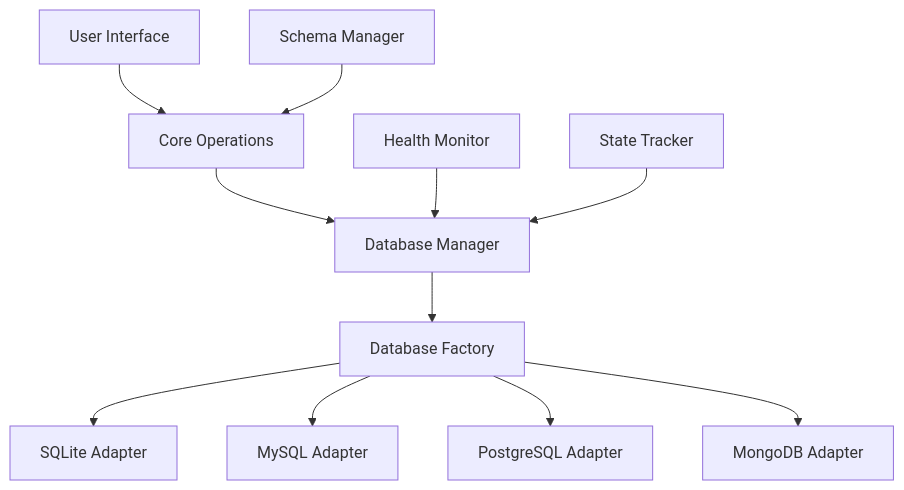
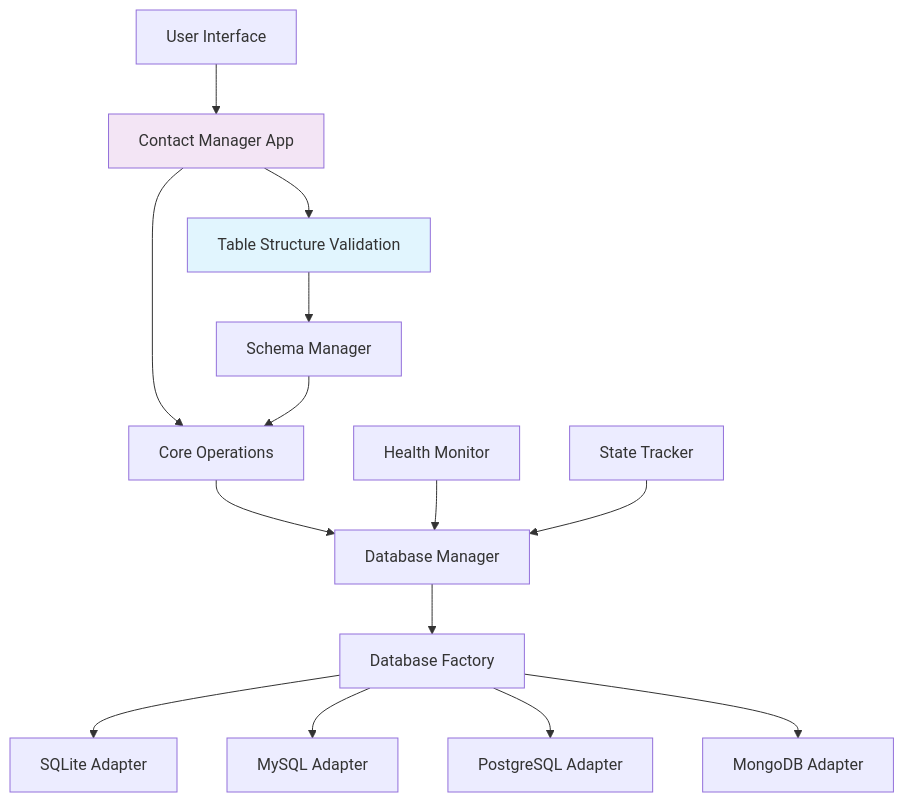
One commit to mondalrabisankar15298/multi-db-contact-manager-pro changed the first of 2 diagrams in README.md. Above: the diagram before and after it, drawn with Mermaid. The commit also changed other lines of this file and 5 other files, not shown here.

````diff
--- a/README.md
+++ b/README.md
@@ -157,14 +344,20 @@
 ```mermaid
 graph TB
-    UI[User Interface] --> Core[Core Operations]
+    UI[User Interface] --> App[Contact Manager App]
+    App --> Validation[Table Structure Validation]
+    App --> Core[Core Operations]
     Core --> Manager[Database Manager]
     Manager --> Factory[Database Factory]
     Factory --> SQLite[SQLite Adapter]
     Factory --> MySQL[MySQL Adapter]
     Factory --> Postgres[PostgreSQL Adapter]
     Factory --> Mongo[MongoDB Adapter]
     
     Health[Health Monitor] --> Manager
     Schema[Schema Manager] --> Core
     State[State Tracker] --> Manager
+    Validation --> Schema
+    
+    style Validation fill:#e1f5fe
+    style App fill:#f3e5f5
 ```
````
